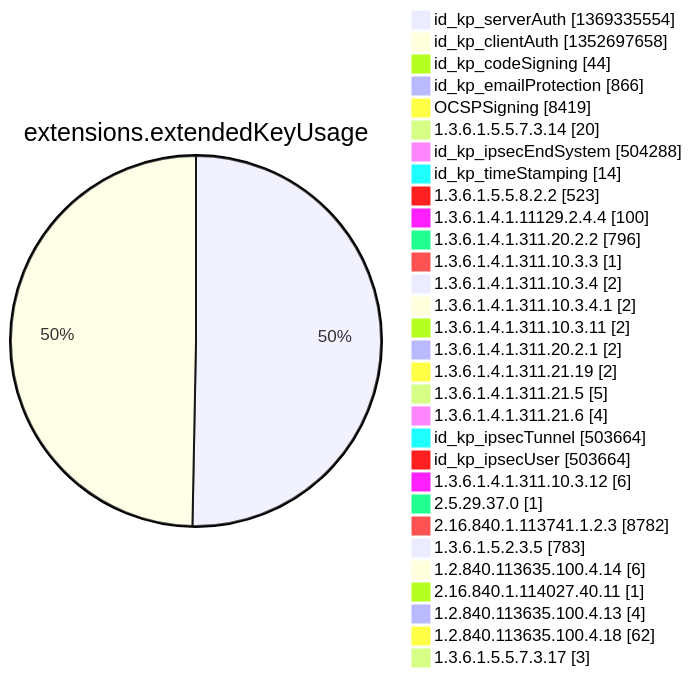
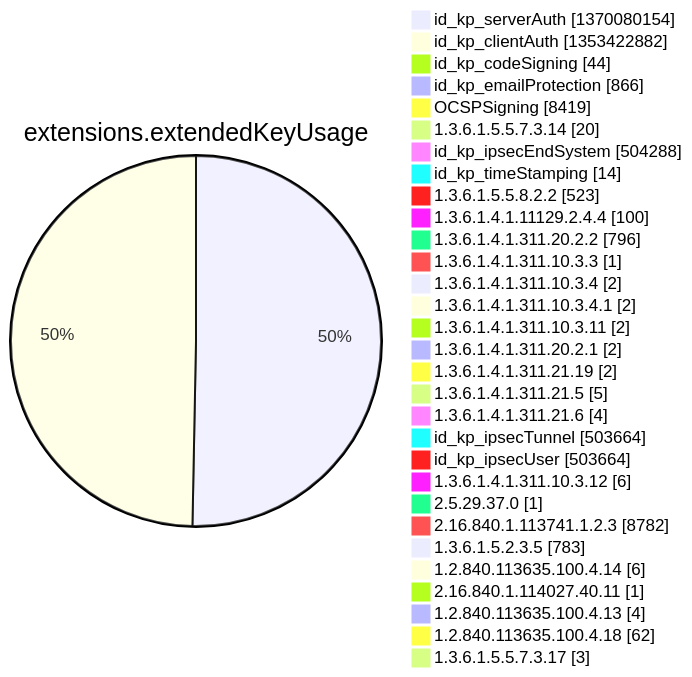
Before and after one commit to christiankrug/ctmonitor_visualization: diagram 12 of 15 in argon2022/README.md, drawn with Mermaid. The commit also changed other lines of this file, not shown here.

````diff
--- a/argon2022/README.md
+++ b/argon2022/README.md
@@ -3553,34 +3553,34 @@
 ```mermaid
 pie showData
 title extensions.extendedKeyUsage
-"id_kp_serverAuth" :1369335554
-"id_kp_clientAuth" :1352697658
+"id_kp_serverAuth" :1370080154
+"id_kp_clientAuth" :1353422882
 "id_kp_codeSigning" :44
 "id_kp_emailProtection" :866
 "OCSPSigning" :8419
 "1.3.6.1.5.5.7.3.14" :20
 "id_kp_ipsecEndSystem" :504288
 "id_kp_timeStamping" :14
 "1.3.6.1.5.5.8.2.2" :523
 "1.3.6.1.4.1.11129.2.4.4" :100
 "1.3.6.1.4.1.311.20.2.2" :796
 "1.3.6.1.4.1.311.10.3.3" :1
 "1.3.6.1.4.1.311.10.3.4" :2
 "1.3.6.1.4.1.311.10.3.4.1" :2
 "1.3.6.1.4.1.311.10.3.11" :2
 "1.3.6.1.4.1.311.20.2.1" :2
 "1.3.6.1.4.1.311.21.19" :2
 "1.3.6.1.4.1.311.21.5" :5
 "1.3.6.1.4.1.311.21.6" :4
 "id_kp_ipsecTunnel" :503664
 "id_kp_ipsecUser" :503664
 "1.3.6.1.4.1.311.10.3.12" :6
 "2.5.29.37.0" :1
 "2.16.840.1.113741.1.2.3" :8782
 "1.3.6.1.5.2.3.5" :783
 "1.2.840.113635.100.4.14" :6
 "2.16.840.1.114027.40.11" :1
 "1.2.840.113635.100.4.13" :4
 "1.2.840.113635.100.4.18" :62
 "1.3.6.1.5.5.7.3.17" :3
 ```
````
